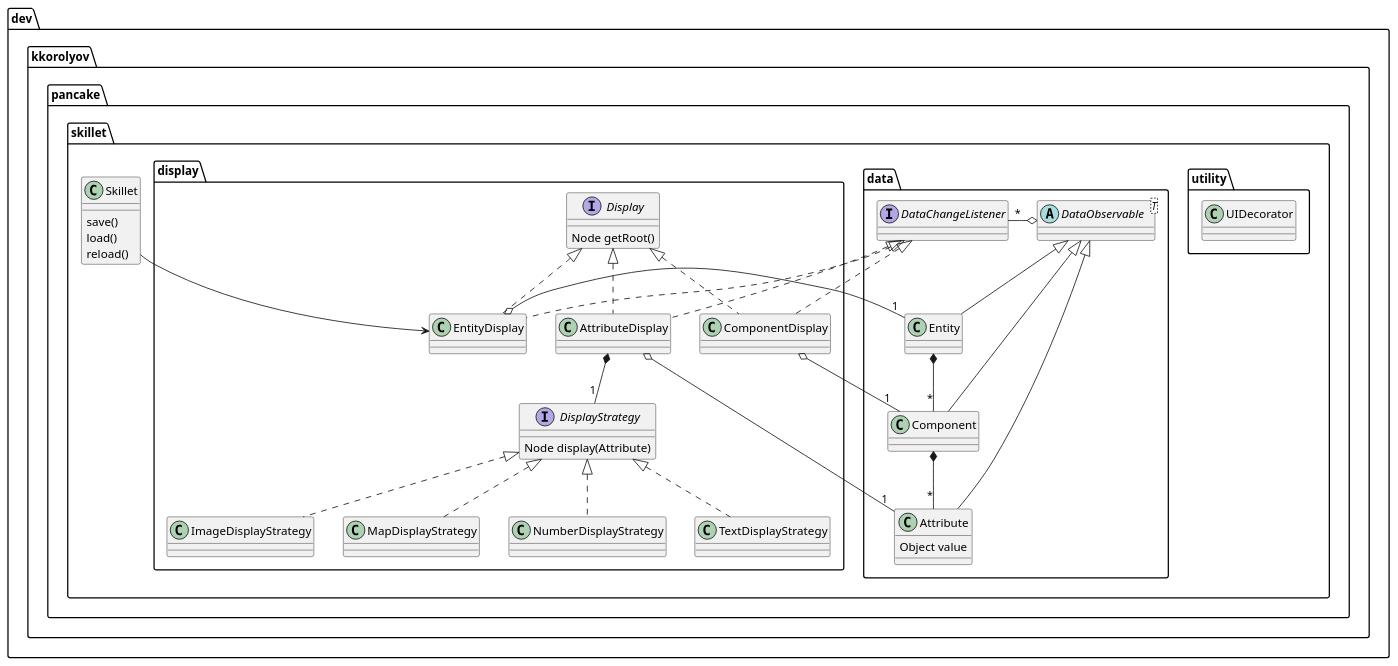
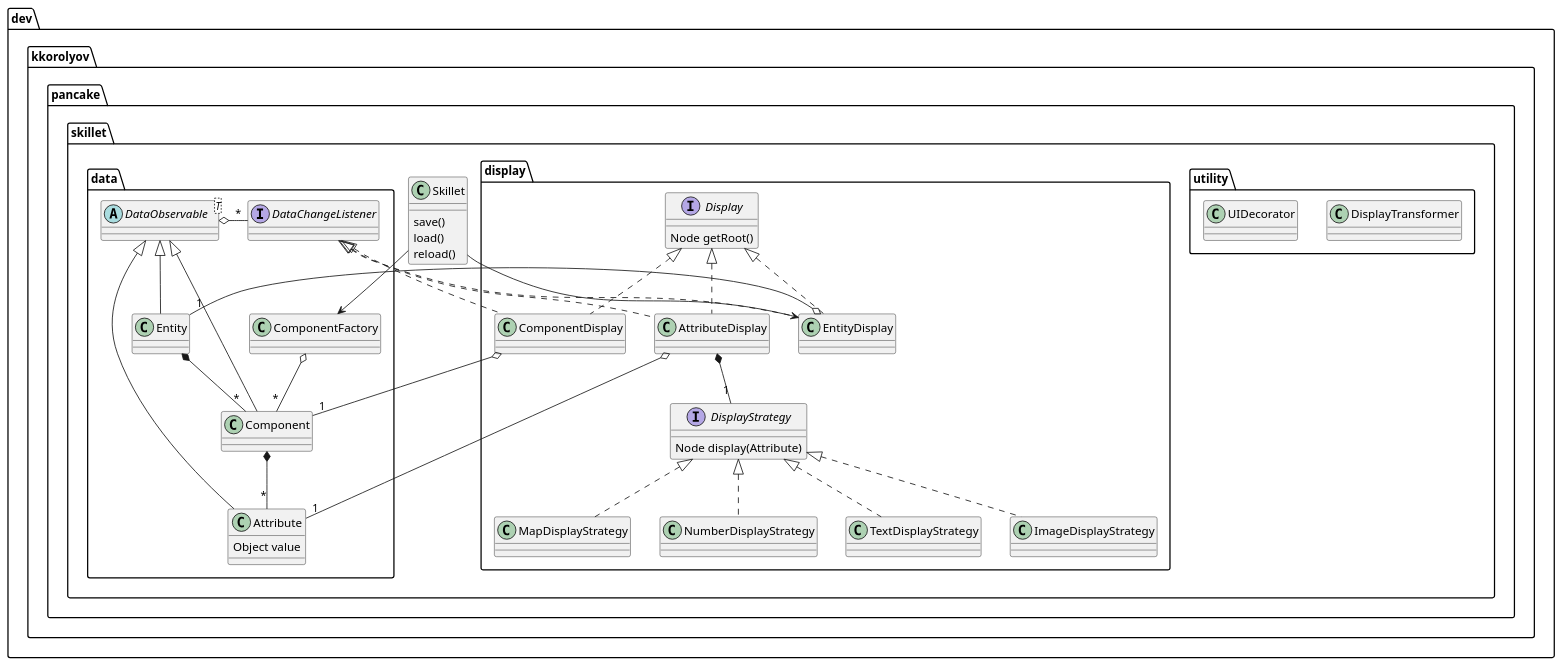
The diagram in skillet/src/docs/uml/class.puml (kkorolyov/pancake), drawn with PlantUML before and after one commit. The commit also changed 11 other files, not shown here.

```diff
--- a/skillet/src/docs/uml/class.puml
+++ b/skillet/src/docs/uml/class.puml
@@ -1,77 +1,86 @@
 @startuml
 
 package dev.kkorolyov.pancake.skillet {
 	class Skillet {
 		save()
 		load()
 		reload()
 	}
 
 	package data {
 		abstract class DataObservable<T> {
 		}
 		interface DataChangeListener {
 		}
 
 		class Entity {
 		}
 		class Component {
 		}
 		class Attribute {
 			Object value
 		}
 
+		class ComponentFactory {
+		}
+
 		DataObservable o-l- "*" DataChangeListener
 
-		DataObservable <|-d- Entity
-		DataObservable <|-d- Component
-		DataObservable <|-d- Attribute
+		DataObservable <|-- Entity
+		DataObservable <|-- Component
+		DataObservable <|-- Attribute
 
 		Entity *-- "*" Component
 		Component *-- "*" Attribute
+
+		ComponentFactory o-- "*" Component
 	}
 
 	package display {
   	interface Display {
     	Node getRoot()
     }
 
     class EntityDisplay {
     }
     class ComponentDisplay {
     }
     class AttributeDisplay {
     }
 
     interface DisplayStrategy {
     	Node display(Attribute)
     }
     DisplayStrategy <|.. NumberDisplayStrategy
     DisplayStrategy <|.. TextDisplayStrategy
     DisplayStrategy <|.. ImageDisplayStrategy
     DisplayStrategy <|.. MapDisplayStrategy
 
-    Display <|.d. EntityDisplay
-		Display <|.d. ComponentDisplay
-		Display <|.d. AttributeDisplay
+    Display <|.. EntityDisplay
+		Display <|.. ComponentDisplay
+		Display <|.. AttributeDisplay
 
 		AttributeDisplay *-- "1" DisplayStrategy
   }
 
   package utility {
+		class DisplayTransformer {
+		}
+
   	class UIDecorator {
   	}
   }
 
-  DataChangeListener <|.d. EntityDisplay
-	DataChangeListener <|.d. ComponentDisplay
-	DataChangeListener <|.d. AttributeDisplay
+  DataChangeListener <|.. EntityDisplay
+	DataChangeListener <|.. ComponentDisplay
+	DataChangeListener <|.. AttributeDisplay
 
   EntityDisplay o-- "1" Entity
   ComponentDisplay o-- "1" Component
   AttributeDisplay o-- "1" Attribute
 
   Skillet --> EntityDisplay
+  Skillet --> ComponentFactory
 }
 
 @enduml
```
